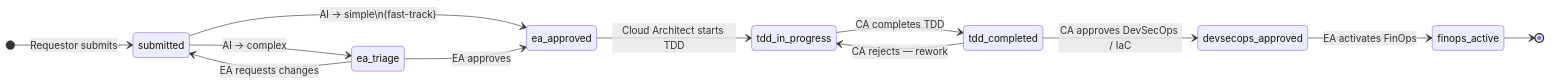
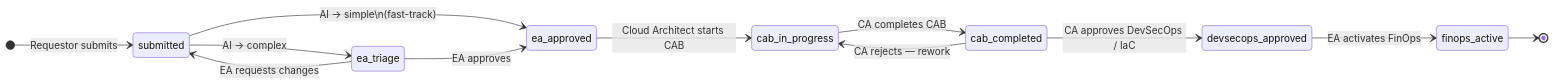
The fourth of 13 diagrams in ARCHITECTURE.md (ritesh121995/unifiedportal_tdd), drawn with Mermaid before and after one commit. The commit also changed other lines of this file and 64 other files, not shown here.

First line of the commit message:
rebrand: rename TDD to Cloud Architecture Blueprint (CAB)

````diff
--- a/ARCHITECTURE.md
+++ b/ARCHITECTURE.md
@@ -120,23 +120,23 @@
 ```mermaid
 stateDiagram-v2
     direction LR
 
     [*] --> submitted : Requestor submits
 
     submitted --> ea_approved : AI → simple\n(fast-track)
     submitted --> ea_triage   : AI → complex
 
     ea_triage --> ea_approved          : EA approves
     ea_triage --> submitted            : EA requests changes
 
-    ea_approved --> tdd_in_progress    : Cloud Architect starts TDD
+    ea_approved --> cab_in_progress    : Cloud Architect starts CAB
 
-    tdd_in_progress --> tdd_completed  : CA completes TDD
+    cab_in_progress --> cab_completed  : CA completes CAB
 
-    tdd_completed --> devsecops_approved : CA approves DevSecOps / IaC
-    tdd_completed --> tdd_in_progress    : CA rejects — rework
+    cab_completed --> devsecops_approved : CA approves DevSecOps / IaC
+    cab_completed --> cab_in_progress    : CA rejects — rework
 
     devsecops_approved --> finops_active : EA activates FinOps
 
     finops_active --> [*]
 ```
````
